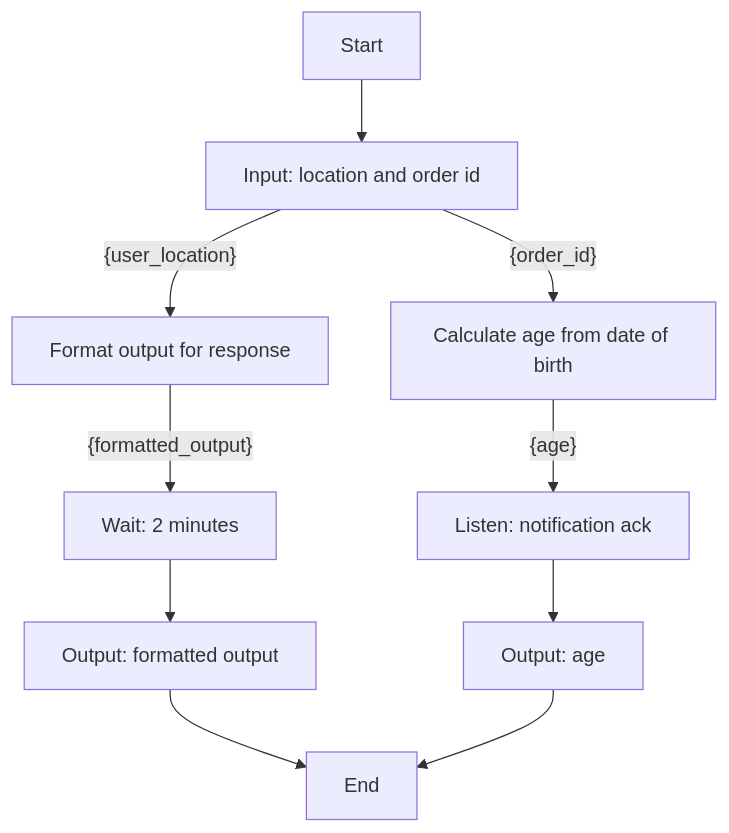
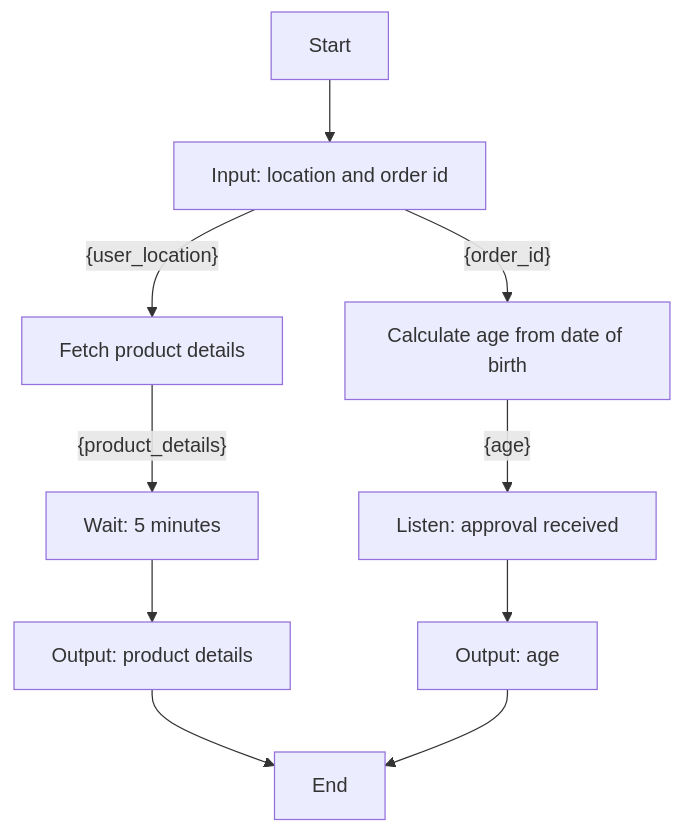
Before and after one commit to YJ-928/Temporal-Python-SDK: the diagram in poc-dsl-compiler/input/workflows/workflow_9.md, drawn with Mermaid. The commit also changed 46 other files, not shown here.

````diff
--- a/poc-dsl-compiler/input/workflows/workflow_9.md
+++ b/poc-dsl-compiler/input/workflows/workflow_9.md
@@ -1,12 +1,12 @@
 ```mermaid
 graph TD
     A[Start] --> B[Input: location and order id]
-    B[Input: location and order id] -- {user_location} --> C[Format output for response]
-    C[Format output for response] -- {formatted_output} --> D[Wait: 2 minutes]
-    D[Wait: 2 minutes] --> E[Output: formatted output]
-    E[Output: formatted output] --> I[End]
+    B[Input: location and order id] -- {user_location} --> C[Fetch product details]
+    C[Fetch product details] -- {product_details} --> D[Wait: 5 minutes]
+    D[Wait: 5 minutes] --> E[Output: product details]
+    E[Output: product details] --> I[End]
     B[Input: location and order id] -- {order_id} --> F[Calculate age from date of birth]
-    F[Calculate age from date of birth] -- {age} --> G[Listen: notification ack]
-    G[Listen: notification ack] --> H[Output: age]
+    F[Calculate age from date of birth] -- {age} --> G[Listen: approval received]
+    G[Listen: approval received] --> H[Output: age]
     H[Output: age] --> I[End]
 ```
````
